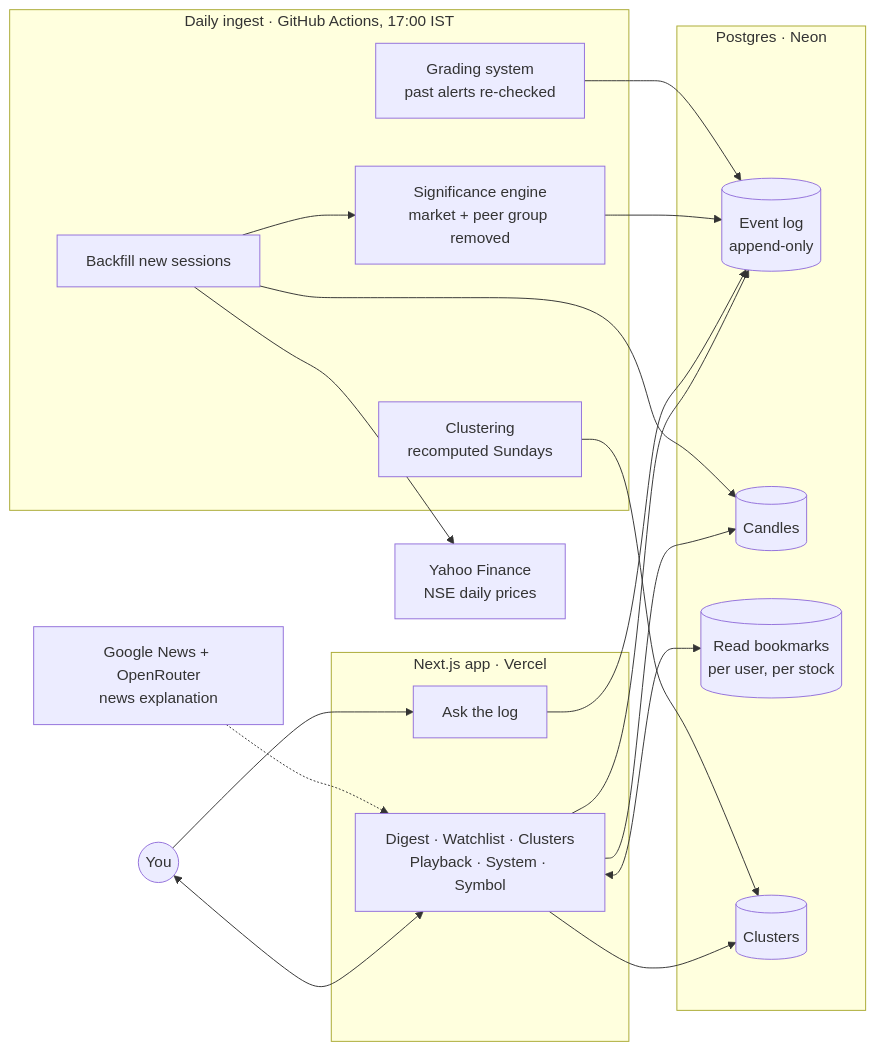
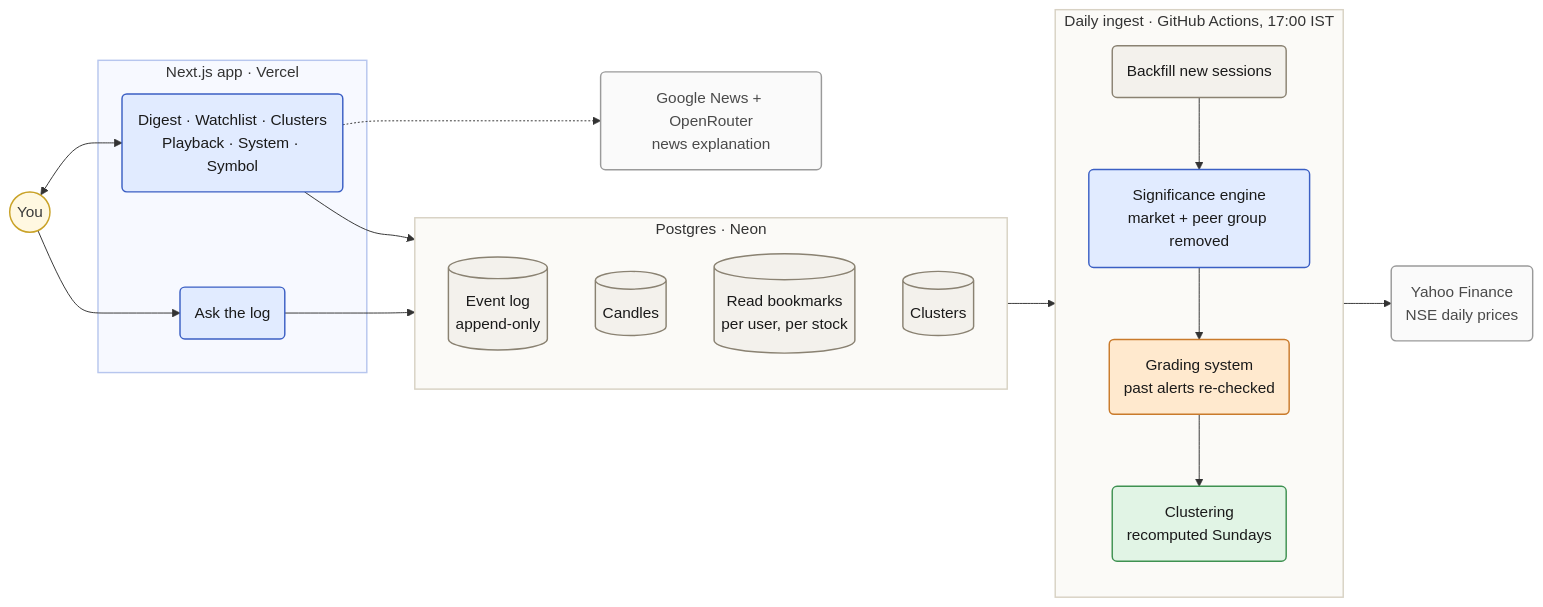
One commit to reema-s1/Ledger changed the diagram in README.md. Above: the diagram before and after it, drawn with Mermaid.

Commit message:
Redraw the architecture diagram as a clean left-to-right pipeline
Simplified to one arrow per stage (You -> App -> Postgres -> daily ingest
-> Yahoo Finance) instead of every table individually wired to the app,
which was tangling into crossed lines. Color-coded by role (app, storage,
significance engine, grading system, clustering, external) and switched
every box to rounded corners. Verified by rendering it in a real browser
before committing — not just checking the mermaid syntax parses.

````diff
--- a/README.md
+++ b/README.md
@@ -29,41 +29,58 @@
 ```mermaid
 flowchart LR
     You(("You"))
 
     subgraph app["Next.js app · Vercel"]
-        P["Digest · Watchlist · Clusters<br/>Playback · System · Symbol"]
-        A["Ask the log"]
+        P("Digest · Watchlist · Clusters<br/>Playback · System · Symbol")
+        A("Ask the log")
     end
 
     subgraph db["Postgres · Neon"]
         E[("Event log<br/>append-only")]
         K[("Candles")]
         U[("Read bookmarks<br/>per user, per stock")]
         G[("Clusters")]
     end
 
     subgraph ingest["Daily ingest · GitHub Actions, 17:00 IST"]
-        B["Backfill new sessions"]
-        S["Significance engine<br/>market + peer group removed"]
-        R["Grading system<br/>past alerts re-checked"]
-        C["Clustering<br/>recomputed Sundays"]
+        B("Backfill new sessions")
+        S("Significance engine<br/>market + peer group removed")
+        R("Grading system<br/>past alerts re-checked")
+        C("Clustering<br/>recomputed Sundays")
     end
 
-    Y["Yahoo Finance<br/>NSE daily prices"]
+    Y("Yahoo Finance<br/>NSE daily prices")
+    O("Google News + OpenRouter<br/>news explanation")
 
     You <--> P
     You --> A
-    P --> E
-    P --> K
-    P --> G
-    P <--> U
-    A --> E
+    P --> db
+    A --> db
+    db --> ingest
+    ingest --> Y
+    P -.-> O
 
-    B --> K
-    B --> S --> E
-    R --> E
-    C --> G
-    B --> Y
+    B --> S --> R --> C
 
-    O["Google News + OpenRouter<br/>news explanation"] -.-> P
+    classDef you fill:#FFF8E1,stroke:#C9A227,stroke-width:1.5px,color:#3a3a3a
+    classDef appNode fill:#E1EBFF,stroke:#3B5FC4,stroke-width:1.5px,color:#1a1a1a
+    classDef dbNode fill:#F3F1EC,stroke:#8A8272,stroke-width:1.5px,color:#1a1a1a
+    classDef engineNode fill:#E1EBFF,stroke:#3B5FC4,stroke-width:1.5px,color:#1a1a1a
+    classDef gradeNode fill:#FFE9CE,stroke:#C97A2B,stroke-width:1.5px,color:#1a1a1a
+    classDef clusterNode fill:#E1F4E5,stroke:#3E9151,stroke-width:1.5px,color:#1a1a1a
+    classDef plainNode fill:#F3F1EC,stroke:#8A8272,stroke-width:1.5px,color:#1a1a1a
+    classDef extNode fill:#FAFAFA,stroke:#9A9A9A,stroke-width:1.5px,color:#4a4a4a
+
+    class You you
+    class P,A appNode
+    class E,K,U,G dbNode
+    class B plainNode
+    class S engineNode
+    class R gradeNode
+    class C clusterNode
+    class Y,O extNode
+
+    style app fill:#F7F9FF,stroke:#B7C6EE,stroke-width:1.5px
+    style db fill:#FBFAF7,stroke:#D8D2C4,stroke-width:1.5px
+    style ingest fill:#FBFAF7,stroke:#D8D2C4,stroke-width:1.5px
 ```
````
